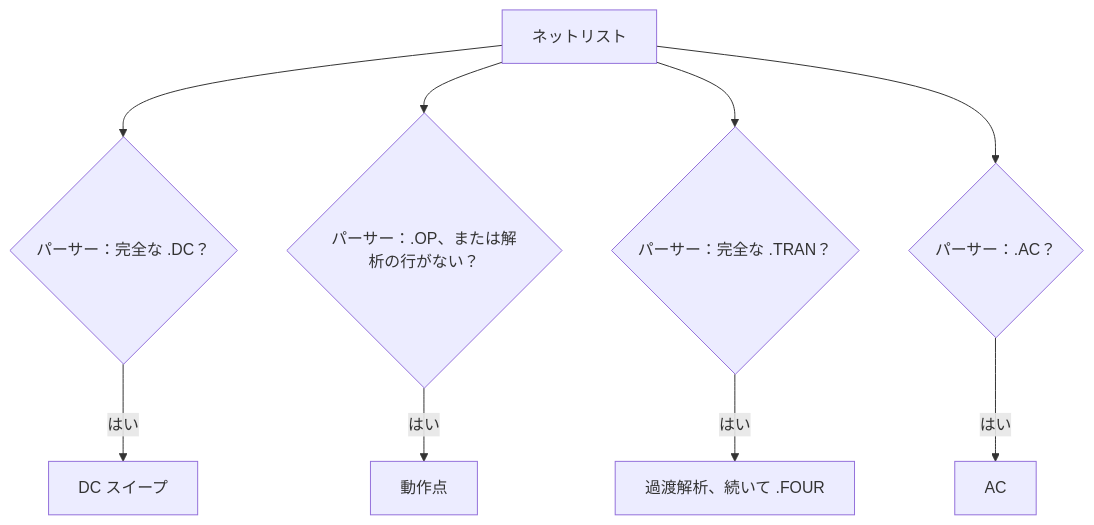
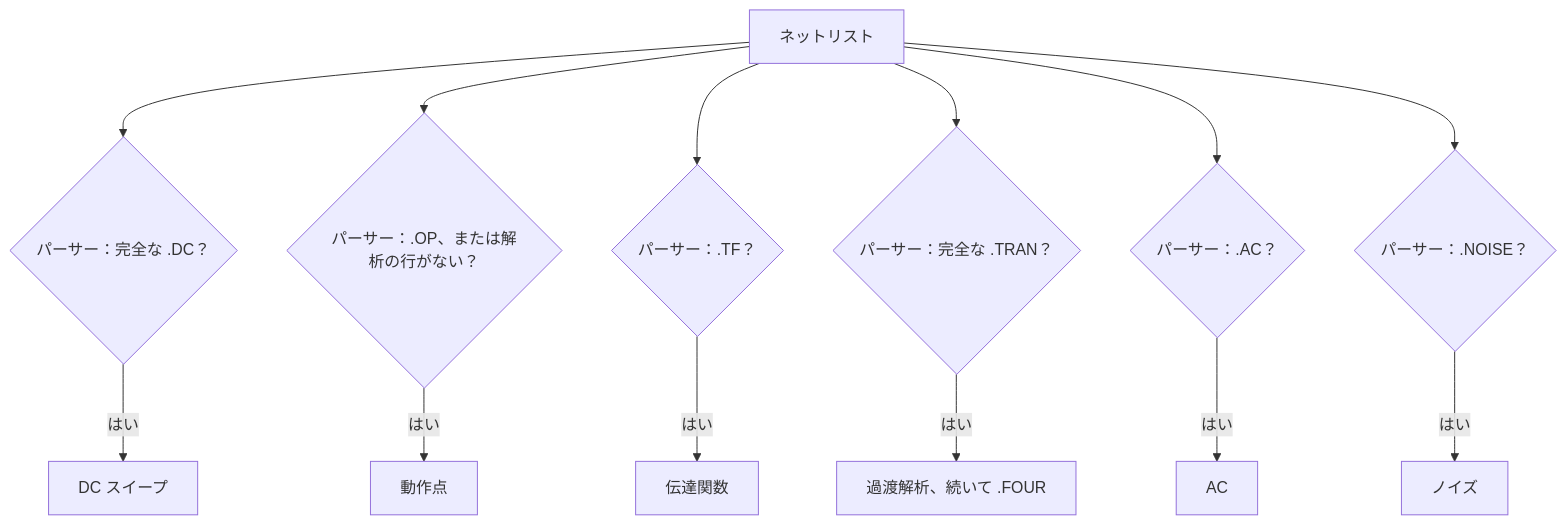
Before and after one commit to kurochan001/kirimaspice: the second of 2 diagrams in docs/REFERENCE_MANUAL.ja.md, drawn with Mermaid. The commit also changed other lines of this file and 10 other files, not shown here.

````diff
--- a/docs/REFERENCE_MANUAL.ja.md
+++ b/docs/REFERENCE_MANUAL.ja.md
@@ -445,11 +446,15 @@
 ```mermaid
 flowchart TD
   N[ネットリスト] --> P{"パーサー：完全な .DC？"}
   P -- "はい" --> SW["DC スイープ"]
   N --> S{"パーサー：.OP、または解析の行がない？"}
   S -- "はい" --> OP["動作点"]
+  N --> F{"パーサー：.TF？"}
+  F -- "はい" --> TF["伝達関数"]
   N --> TS{"パーサー：完全な .TRAN？"}
   TS -- "はい" --> TR["過渡解析、続いて .FOUR"]
   N --> A{"パーサー：.AC？"}
   A -- "はい" --> AC["AC"]
+  N --> Q{"パーサー：.NOISE？"}
+  Q -- "はい" --> NO["ノイズ"]
 ```
````
